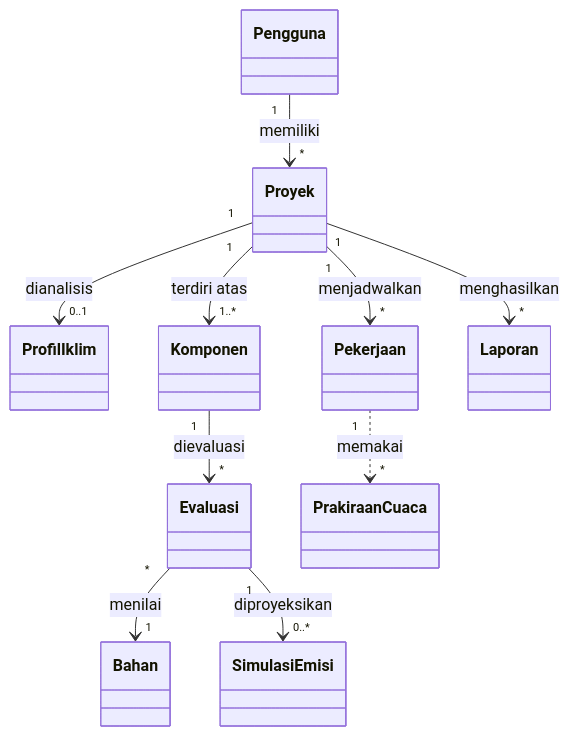
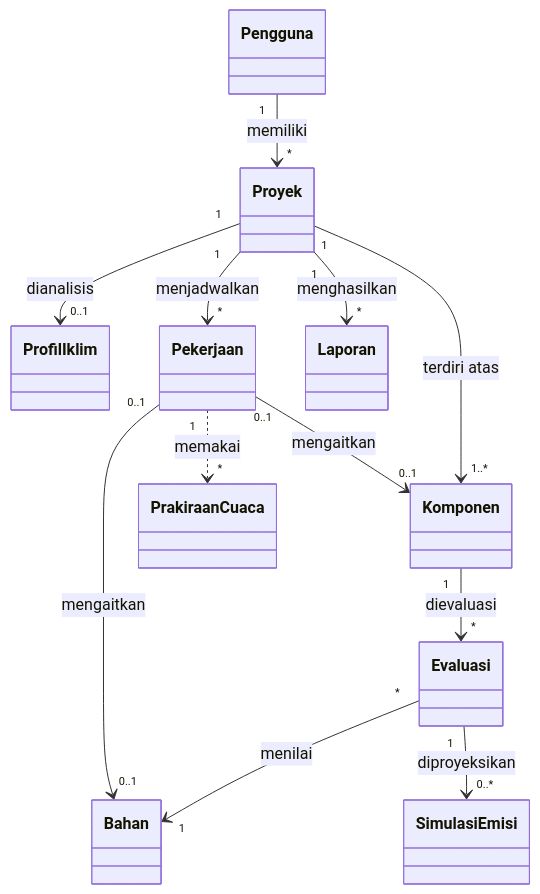
Before and after one commit to scientivan/wastu: the third of 4 diagrams in docs/uml-wastu.md, drawn with Mermaid. The commit also changed other lines of this file and 5 other files, not shown here.

````diff
--- a/docs/uml-wastu.md
+++ b/docs/uml-wastu.md
@@ -93,23 +95,25 @@
 ```mermaid
 classDiagram
     class Pengguna
     class Proyek
     class ProfilIklim
     class Komponen
     class Bahan
     class Evaluasi
     class SimulasiEmisi
     class Pekerjaan
     class PrakiraanCuaca
     class Laporan
 
     Pengguna "1" --> "*" Proyek : memiliki
     Proyek "1" --> "0..1" ProfilIklim : dianalisis
     Proyek "1" --> "1..*" Komponen : terdiri atas
     Proyek "1" --> "*" Pekerjaan : menjadwalkan
     Proyek "1" --> "*" Laporan : menghasilkan
     Komponen "1" --> "*" Evaluasi : dievaluasi
     Evaluasi "*" --> "1" Bahan : menilai
     Evaluasi "1" --> "0..*" SimulasiEmisi : diproyeksikan
     Pekerjaan "1" ..> "*" PrakiraanCuaca : memakai
+    Pekerjaan "0..1" --> "0..1" Komponen : mengaitkan
+    Pekerjaan "0..1" --> "0..1" Bahan : mengaitkan
 ```
````
